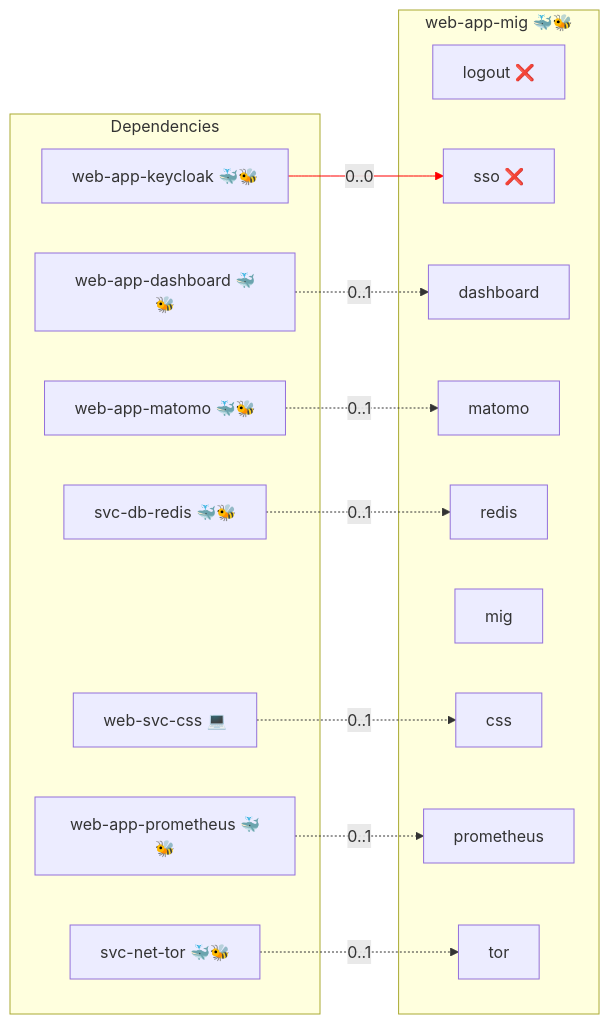
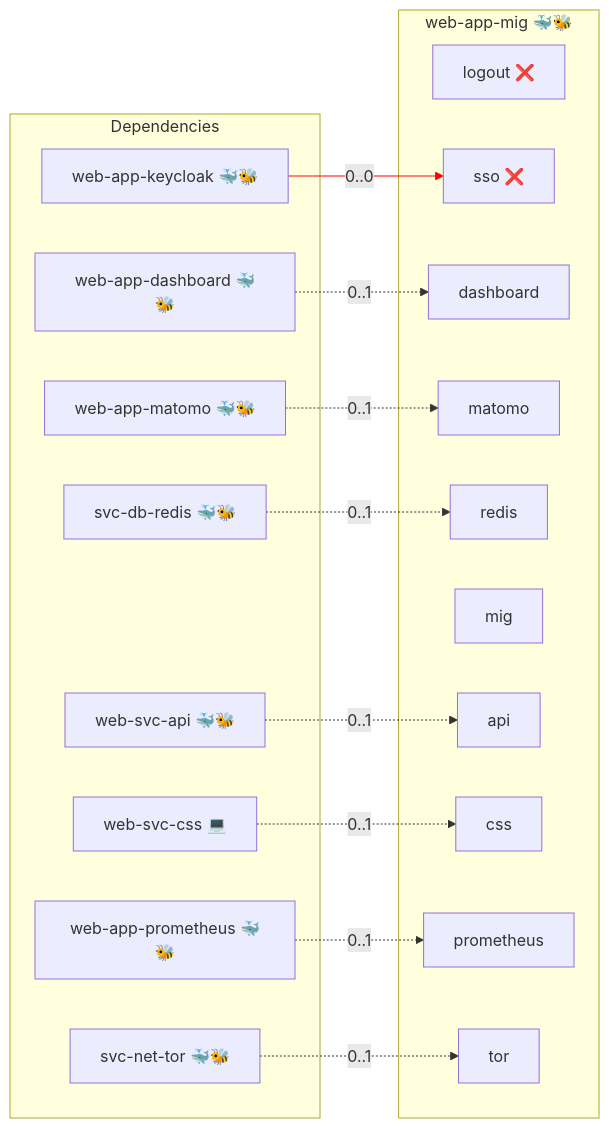
One commit to infinito-nexus/core changed the diagram in roles/web-app-mig/README.md. Above: the diagram before and after it, drawn with Mermaid. The commit also changed 7 other files, not shown here.

First line of the commit message:
feat(mig): let mig read web-svc-api

````diff
--- a/roles/web-app-mig/README.md
+++ b/roles/web-app-mig/README.md
@@ -17,31 +17,34 @@
 ```mermaid
 flowchart LR
     subgraph deps [Dependencies]
         dep_svc_db_redis["svc-db-redis 🐳🐝"]
         dep_svc_net_tor["svc-net-tor 🐳🐝"]
         dep_web_app_dashboard["web-app-dashboard 🐳🐝"]
         dep_web_app_keycloak["web-app-keycloak 🐳🐝"]
         dep_web_app_matomo["web-app-matomo 🐳🐝"]
         dep_web_app_prometheus["web-app-prometheus 🐳🐝"]
+        dep_web_svc_api["web-svc-api 🐳🐝"]
         dep_web_svc_css["web-svc-css 💻"]
     end
     subgraph role [web-app-mig 🐳🐝]
         svc_logout["logout ❌"]
         svc_sso["sso ❌"]
         svc_dashboard["dashboard"]
         svc_matomo["matomo"]
         svc_redis["redis"]
         svc_mig["mig"]
+        svc_api["api"]
         svc_css["css"]
         svc_prometheus["prometheus"]
         svc_tor["tor"]
     end
     dep_svc_db_redis -. "0..1" .-> svc_redis
     dep_svc_net_tor -. "0..1" .-> svc_tor
     dep_web_app_dashboard -. "0..1" .-> svc_dashboard
     dep_web_app_keycloak -- "0..0" --> svc_sso
     dep_web_app_matomo -. "0..1" .-> svc_matomo
     dep_web_app_prometheus -. "0..1" .-> svc_prometheus
+    dep_web_svc_api -. "0..1" .-> svc_api
     dep_web_svc_css -. "0..1" .-> svc_css
     linkStyle 3 stroke:red;
 ```
````
